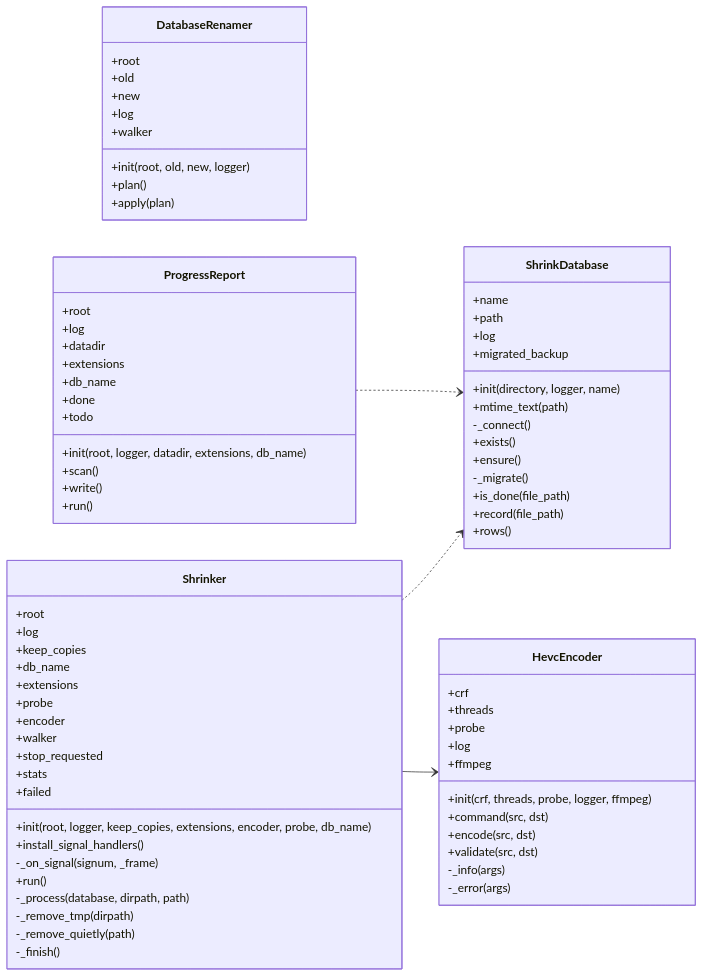
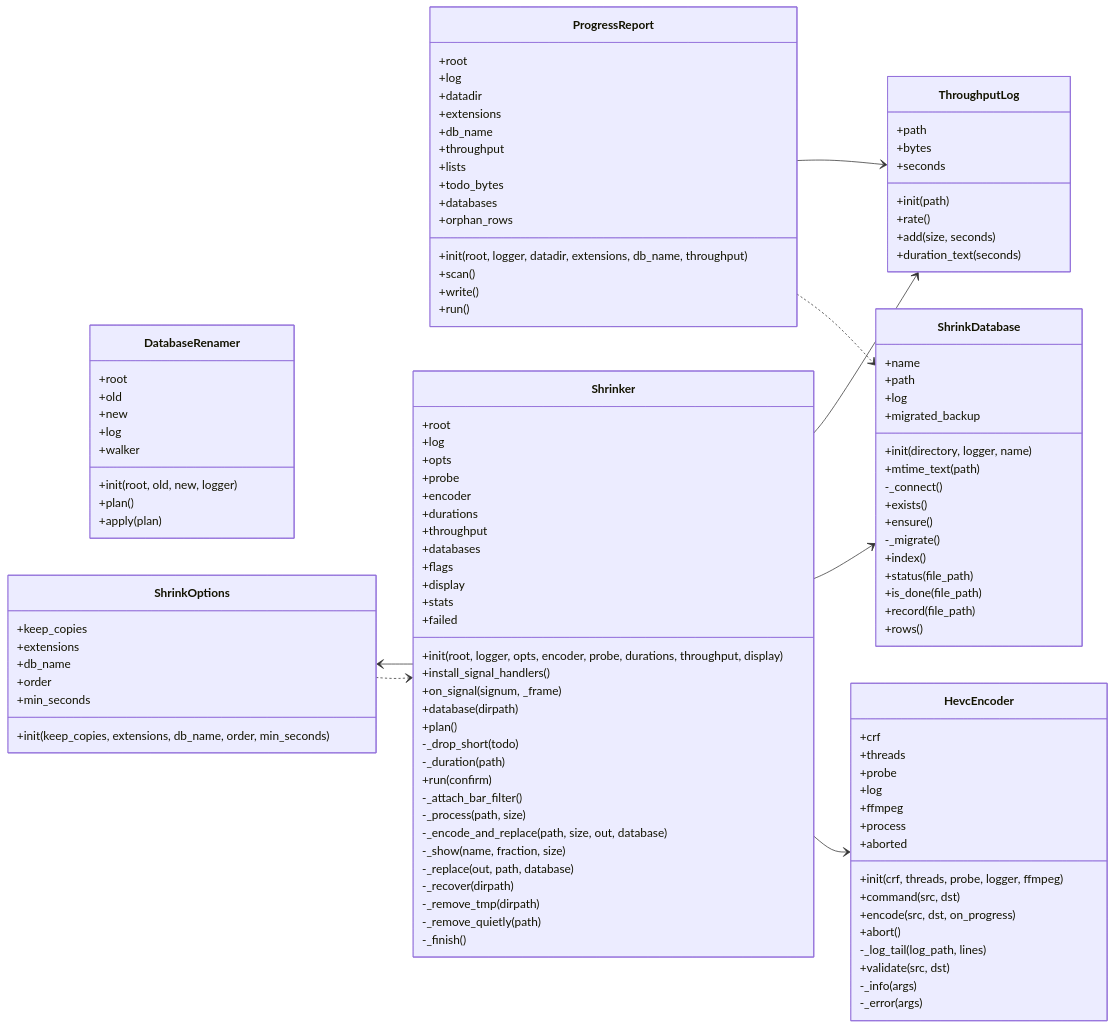
One commit to peddanet/mediatools changed the diagram in docs/img/uml_shrink.mmd. Above: the diagram before and after it, drawn with Mermaid. The commit also changed 29 other files, not shown here.

First line of the commit message:
shrink: match databases by file name, plan, order, progress, safe stop

```diff
--- a/docs/img/uml_shrink.mmd
+++ b/docs/img/uml_shrink.mmd
@@ -1,77 +1,117 @@
 classDiagram
   direction LR
   class ShrinkDatabase {
     +name
     +path
     +log
     +migrated_backup
     +init(directory, logger, name)
     +mtime_text(path)
     -_connect()
     +exists()
     +ensure()
     -_migrate()
+    +index()
+    +status(file_path)
     +is_done(file_path)
     +record(file_path)
     +rows()
   }
   class DatabaseRenamer {
     +root
     +old
     +new
     +log
     +walker
     +init(root, old, new, logger)
     +plan()
     +apply(plan)
   }
   class HevcEncoder {
     +crf
     +threads
     +probe
     +log
     +ffmpeg
+    +process
+    +aborted
     +init(crf, threads, probe, logger, ffmpeg)
     +command(src, dst)
-    +encode(src, dst)
+    +encode(src, dst, on_progress)
+    +abort()
+    -_log_tail(log_path, lines)
     +validate(src, dst)
     -_info(args)
     -_error(args)
+  }
+  class ShrinkOptions {
+    +keep_copies
+    +extensions
+    +db_name
+    +order
+    +min_seconds
+    +init(keep_copies, extensions, db_name, order, min_seconds)
   }
   class ProgressReport {
     +root
     +log
     +datadir
     +extensions
     +db_name
-    +done
-    +todo
-    +init(root, logger, datadir, extensions, db_name)
+    +throughput
+    +lists
+    +todo_bytes
+    +databases
+    +orphan_rows
+    +init(root, logger, datadir, extensions, db_name, throughput)
     +scan()
     +write()
     +run()
   }
   class Shrinker {
     +root
     +log
-    +keep_copies
-    +db_name
-    +extensions
+    +opts
     +probe
     +encoder
-    +walker
-    +stop_requested
+    +durations
+    +throughput
+    +databases
+    +flags
+    +display
     +stats
     +failed
-    +init(root, logger, keep_copies, extensions, encoder, probe, db_name)
+    +init(root, logger, opts, encoder, probe, durations, throughput, display)
     +install_signal_handlers()
-    -_on_signal(signum, _frame)
-    +run()
-    -_process(database, dirpath, path)
+    +on_signal(signum, _frame)
+    +database(dirpath)
+    +plan()
+    -_drop_short(todo)
+    -_duration(path)
+    +run(confirm)
+    -_attach_bar_filter()
+    -_process(path, size)
+    -_encode_and_replace(path, size, out, database)
+    -_show(name, fraction, size)
+    -_replace(out, path, database)
+    -_recover(dirpath)
     -_remove_tmp(dirpath)
     -_remove_quietly(path)
     -_finish()
   }
+  class ThroughputLog {
+    +path
+    +bytes
+    +seconds
+    +init(path)
+    +rate()
+    +add(size, seconds)
+    +duration_text(seconds)
+  }
+  ShrinkOptions ..> Shrinker
   ProgressReport ..> ShrinkDatabase
+  ProgressReport --> ThroughputLog
   Shrinker --> HevcEncoder
-  Shrinker ..> ShrinkDatabase
+  Shrinker --> ShrinkDatabase
+  Shrinker --> ShrinkOptions
+  Shrinker --> ThroughputLog
```
